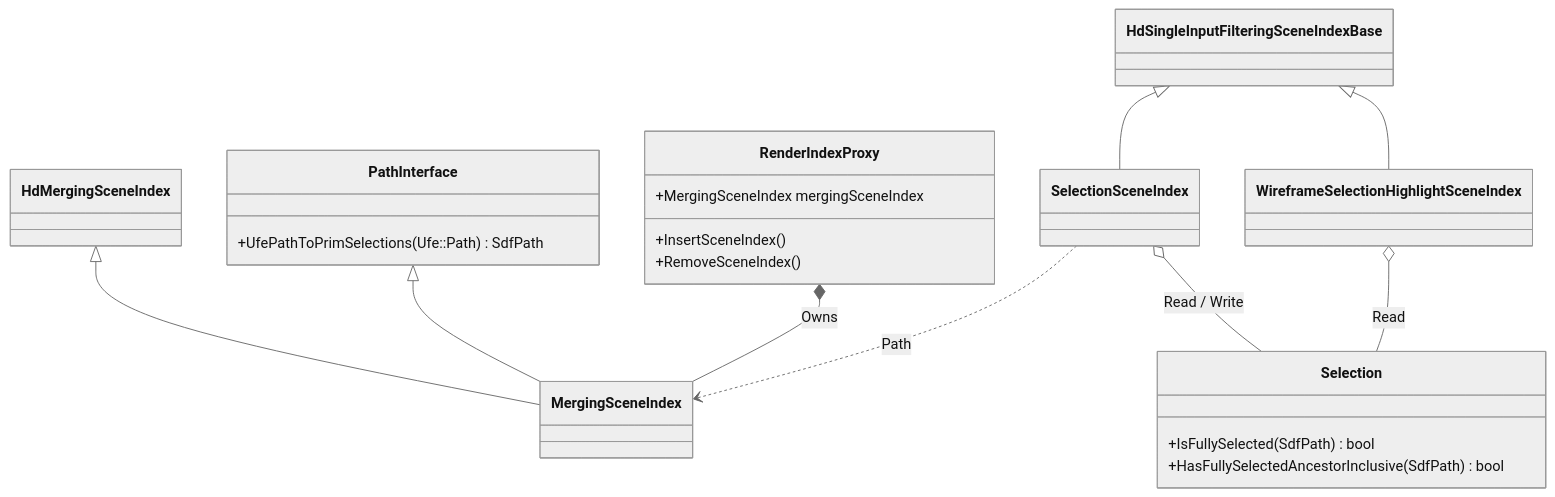
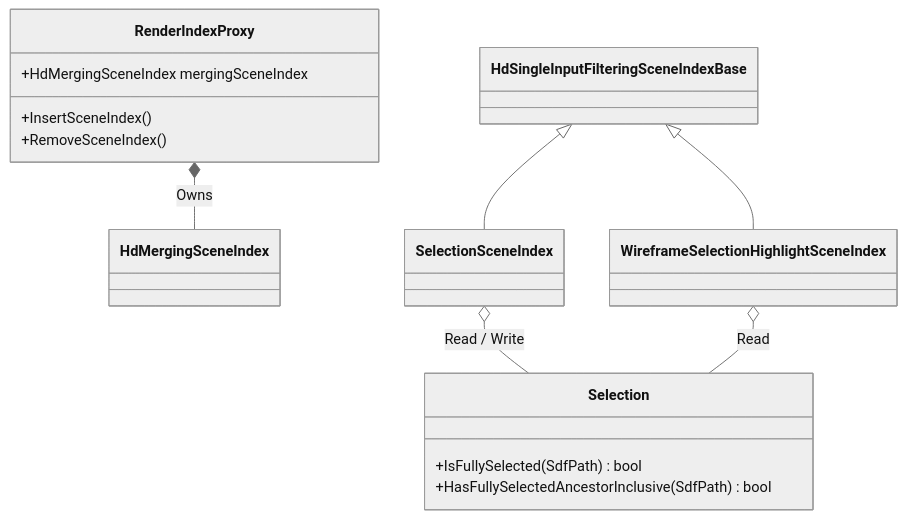
The second of 3 diagrams in doc/selectionHighlightingArchitecture.md (Autodesk/maya-hydra), drawn with Mermaid (neutral theme) before and after one commit. The commit also changed other lines of this file and 38 other files, not shown here.

Commit message:
Removed path interface requirements in code.

````diff
--- a/doc/selectionHighlightingArchitecture.md
+++ b/doc/selectionHighlightingArchitecture.md
@@ -226,39 +220,29 @@
 ```mermaid
 classDiagram
 class HdSingleInputFilteringSceneIndexBase
 class HdMergingSceneIndex
 
 class Selection{
 +IsFullySelected(SdfPath) bool
 +HasFullySelectedAncestorInclusive(SdfPath) bool
 }
 
-class PathInterface{
-+UfePathToPrimSelections(Ufe::Path) SdfPath
-}
-
 class SelectionSceneIndex
-class MergingSceneIndex
 class WireframeSelectionHighlightSceneIndex
 
 class RenderIndexProxy{
-+MergingSceneIndex mergingSceneIndex
++HdMergingSceneIndex mergingSceneIndex
 +InsertSceneIndex()
 +RemoveSceneIndex()
 }
 
 HdSingleInputFilteringSceneIndexBase <|-- SelectionSceneIndex
 
-HdMergingSceneIndex <|-- MergingSceneIndex
-PathInterface       <|-- MergingSceneIndex
-
 HdSingleInputFilteringSceneIndexBase <|-- WireframeSelectionHighlightSceneIndex
 
-RenderIndexProxy *-- MergingSceneIndex : Owns
-
-SelectionSceneIndex ..> MergingSceneIndex : Path
+RenderIndexProxy *-- HdMergingSceneIndex : Owns
 
 SelectionSceneIndex o-- Selection : Read / Write
 
 WireframeSelectionHighlightSceneIndex o-- Selection : Read
 ```
````
